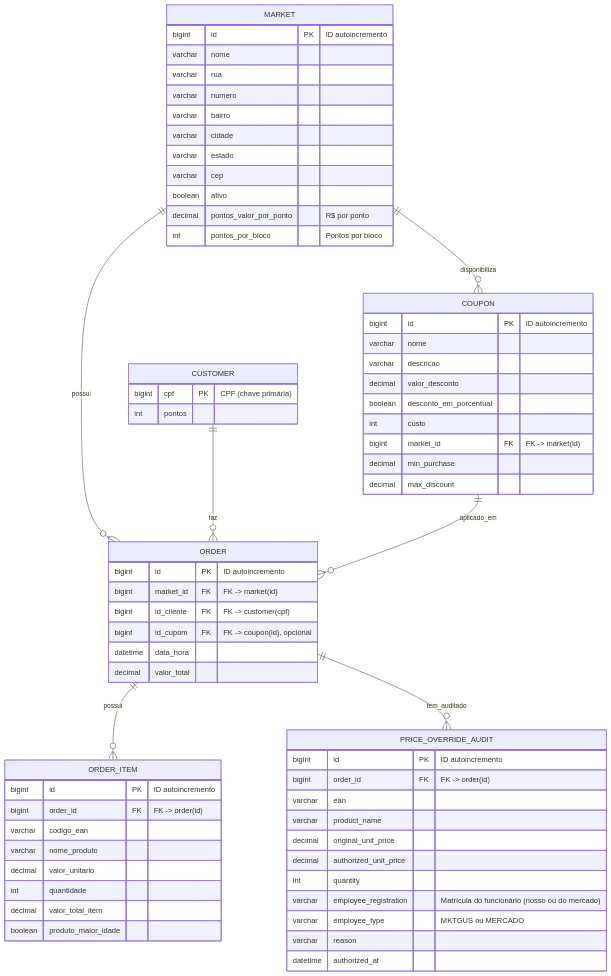
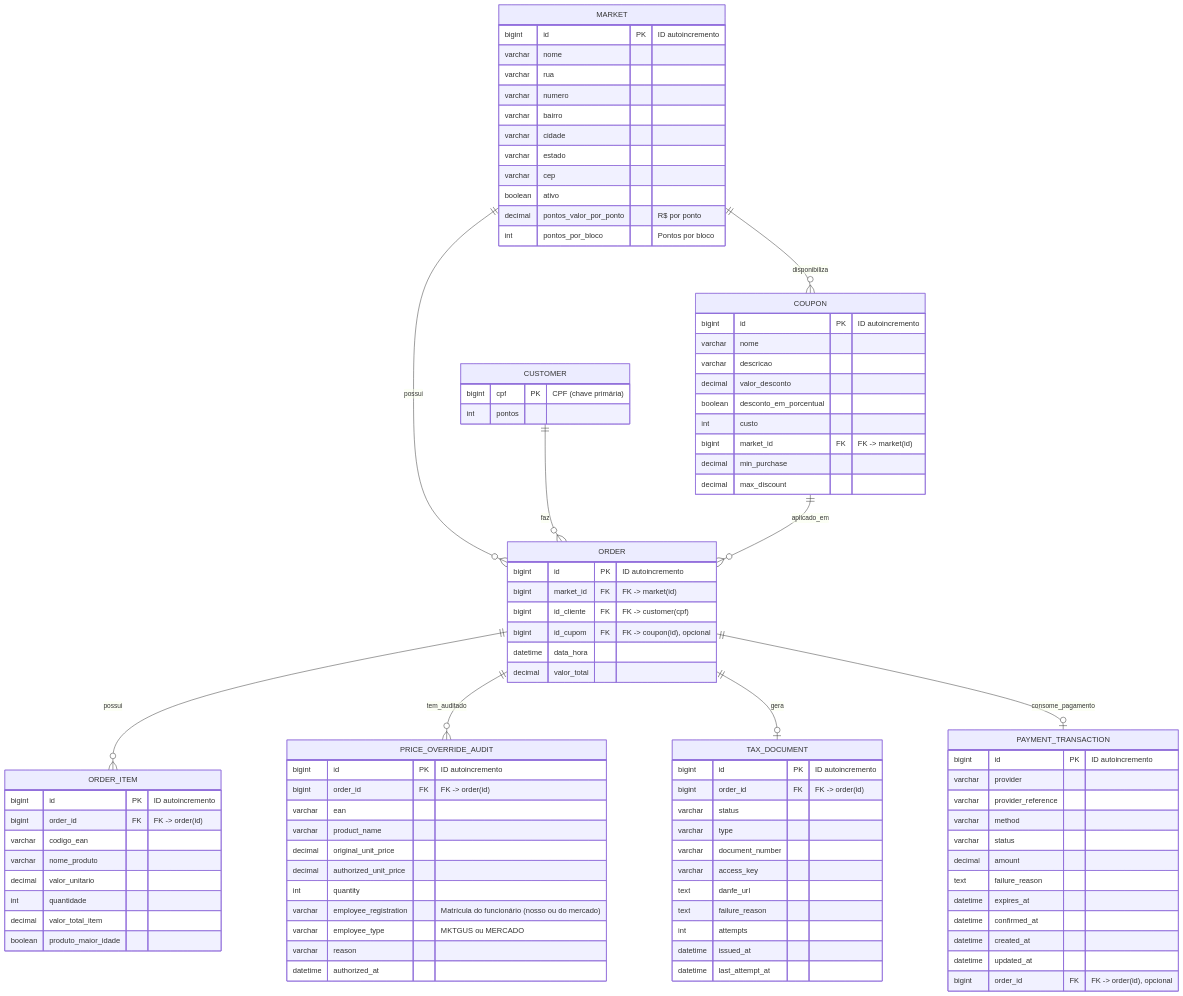
The diagram in docs/database-er-diagram.md (JoaoPires3642/MKT-GUS), drawn with Mermaid before and after one commit. The commit also changed other lines of this file and 39 other files, not shown here.

First line of the commit message:
feat(payment): add plug-and-play digital checkout flow

````diff
--- a/docs/database-er-diagram.md
+++ b/docs/database-er-diagram.md
@@ -71,10 +72,41 @@
         datetime authorized_at
     }
 
+    TAX_DOCUMENT {
+        bigint id PK "ID autoincremento"
+        bigint order_id FK "FK -> order(id)"
+        varchar status
+        varchar type
+        varchar document_number
+        varchar access_key
+        text danfe_url
+        text failure_reason
+        int attempts
+        datetime issued_at
+        datetime last_attempt_at
+    }
+
+    PAYMENT_TRANSACTION {
+        bigint id PK "ID autoincremento"
+        varchar provider
+        varchar provider_reference
+        varchar method
+        varchar status
+        decimal amount
+        text failure_reason
+        datetime expires_at
+        datetime confirmed_at
+        datetime created_at
+        datetime updated_at
+        bigint order_id FK "FK -> order(id), opcional"
+    }
+
     MARKET ||--o{ ORDER : "possui"
     MARKET ||--o{ COUPON : "disponibiliza"
     CUSTOMER ||--o{ ORDER : "faz"
     COUPON ||--o{ ORDER : "aplicado_em"
     ORDER ||--o{ ORDER_ITEM : "possui"
     ORDER ||--o{ PRICE_OVERRIDE_AUDIT : "tem_auditado"
+    ORDER ||--o| TAX_DOCUMENT : "gera"
+    ORDER ||--o| PAYMENT_TRANSACTION : "consome_pagamento"
 ```
````
